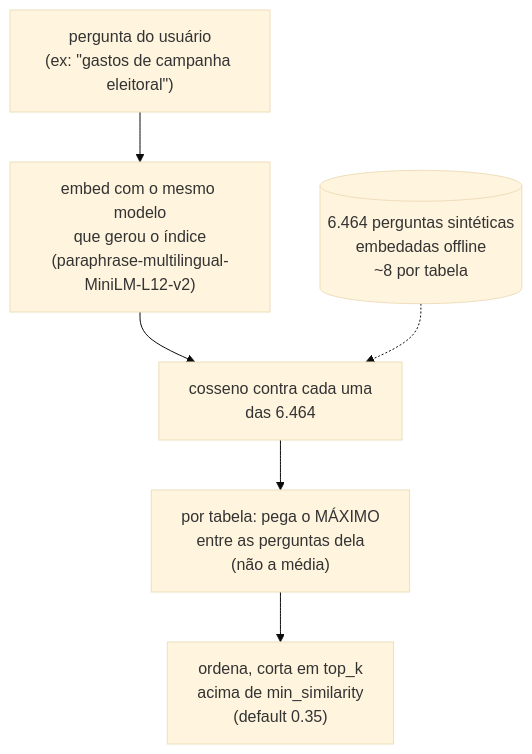
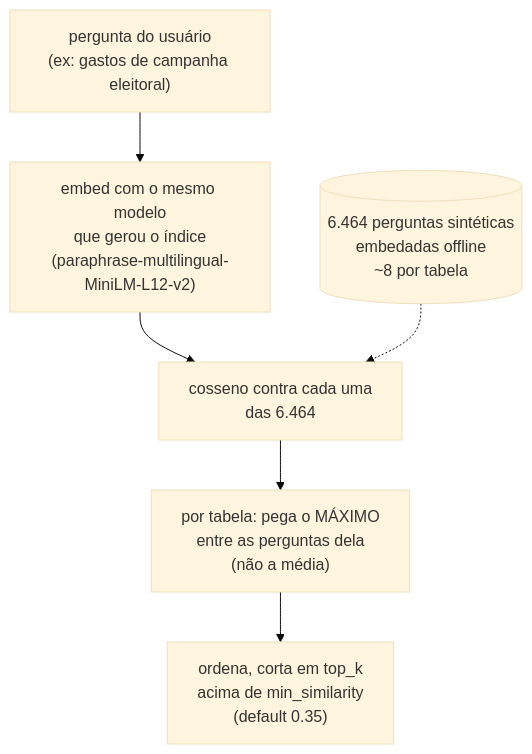
One commit to rafapolo/rodado changed the second of 3 diagrams in docs/MCP.md. Above: the diagram before and after it, drawn with Mermaid (base theme). The commit also changed other lines of this file, not shown here.

Commit message:
fix: drop inner quotes from mermaid node labels

````diff
--- a/docs/MCP.md
+++ b/docs/MCP.md
@@ -118,13 +118,13 @@
 ```mermaid
 flowchart TD
-    Q["pergunta do usuário\n(ex: &quot;gastos de campanha eleitoral&quot;)"]
+    Q["pergunta do usuário\n(ex: gastos de campanha eleitoral)"]
     EMB["embed com o mesmo modelo\nque gerou o índice\n(paraphrase-multilingual-MiniLM-L12-v2)"]
     IDX[("6.464 perguntas sintéticas\nembedadas offline\n~8 por tabela")]
     SIM["cosseno contra cada uma\ndas 6.464"]
     MAX["por tabela: pega o MÁXIMO\nentre as perguntas dela\n(não a média)"]
     TOPK["ordena, corta em top_k\nacima de min_similarity\n(default 0.35)"]
 
     Q --> EMB --> SIM
     IDX -.-> SIM
     SIM --> MAX --> TOPK
 ```
````
